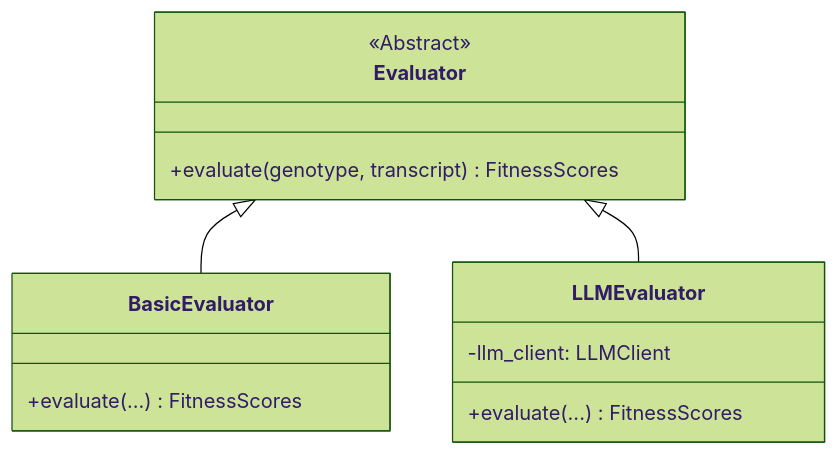
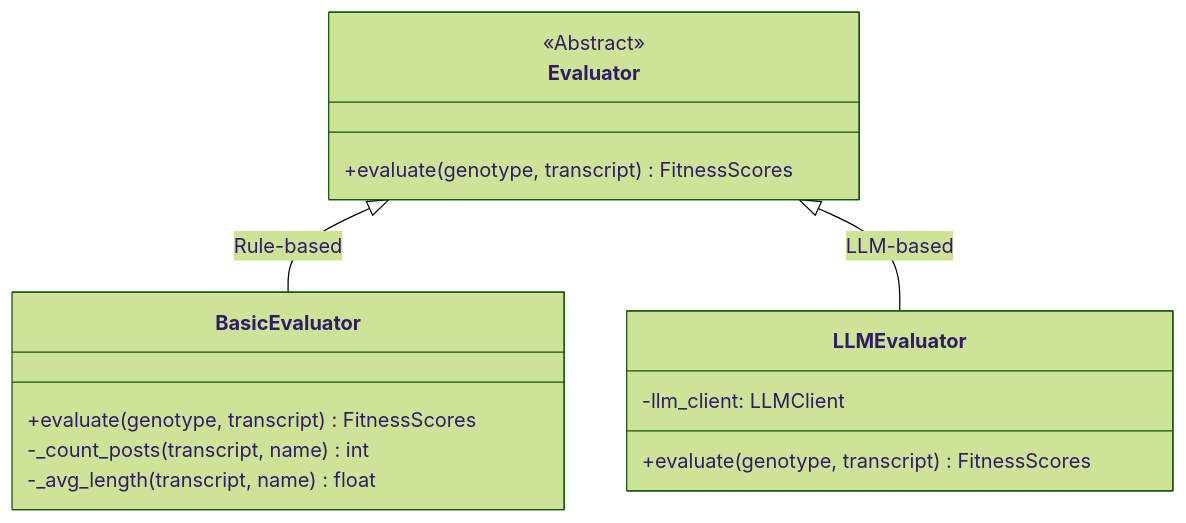
The first of 3 diagrams in evaluation/evaluation.md (Keyhole-Koro/snackPersona), drawn with Mermaid (forest theme) before and after one commit. The commit also changed other lines of this file and 7 other files, not shown here.

Commit message:
docs: Enhance documentation for core modules with detailed overviews, diagrams, and examples for clarity and understanding.

````diff
--- a/evaluation/evaluation.md
+++ b/evaluation/evaluation.md
@@ -9,17 +15,19 @@
 ```mermaid
 classDiagram
     class Evaluator {
         <<Abstract>>
         +evaluate(genotype, transcript) FitnessScores
     }
     class BasicEvaluator {
-        +evaluate(...) FitnessScores
+        +evaluate(genotype, transcript) FitnessScores
+        -_count_posts(transcript, name) int
+        -_avg_length(transcript, name) float
     }
     class LLMEvaluator {
         -llm_client: LLMClient
-        +evaluate(...) FitnessScores
+        +evaluate(genotype, transcript) FitnessScores
     }
 
-    Evaluator <|-- BasicEvaluator
-    Evaluator <|-- LLMEvaluator
+    Evaluator <|-- BasicEvaluator : Rule-based
+    Evaluator <|-- LLMEvaluator : LLM-based
 ```
````
